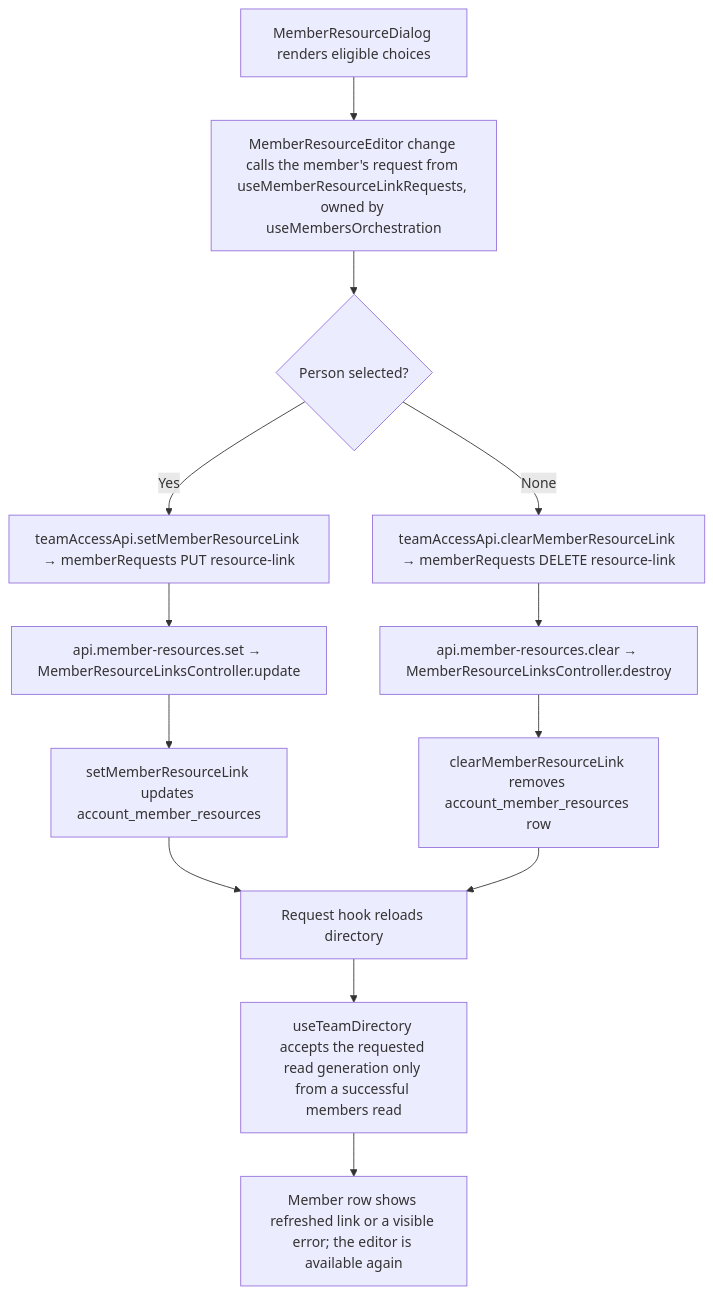
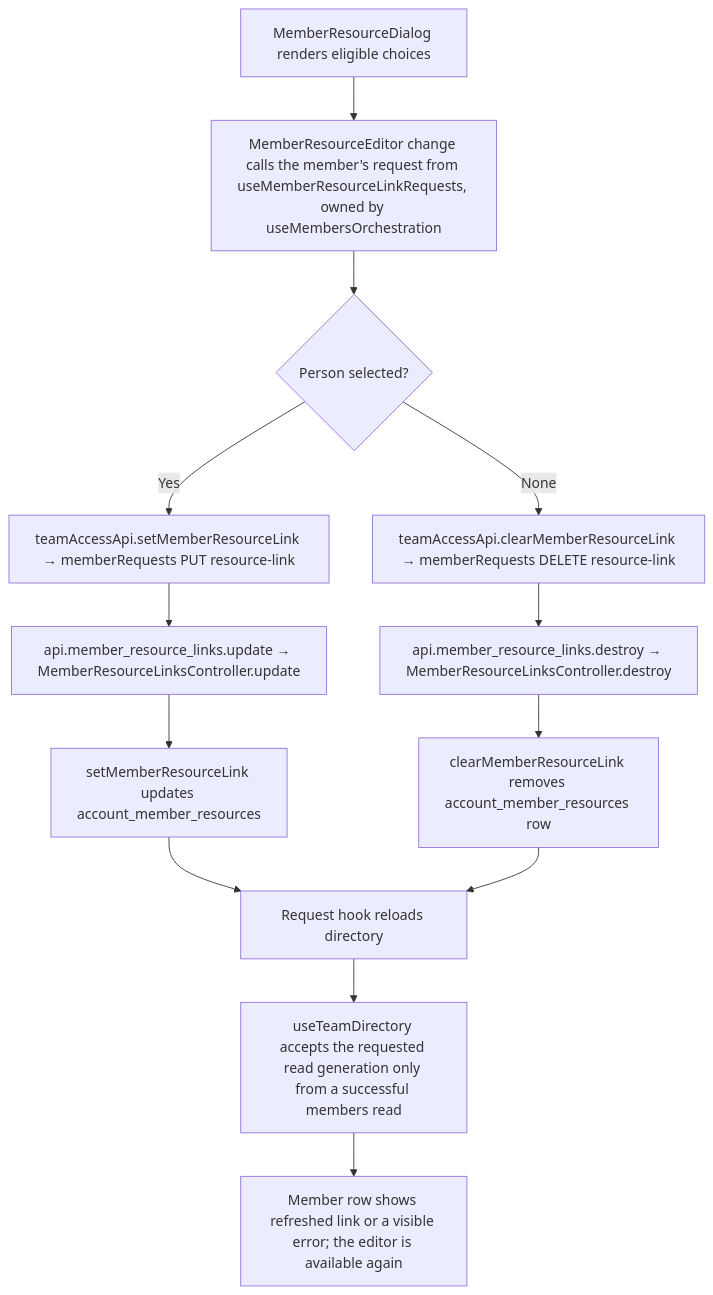
One commit to Kevinjohn/capacitylens changed the second of 2 diagrams in user-stories/team/US-TEAM-07-link-resource.md. Above: the diagram before and after it, drawn with Mermaid. The commit also changed 153 other files, not shown here.

First line of the commit message:
Routes: one /api group with generated route names

````diff
--- a/user-stories/team/US-TEAM-07-link-resource.md
+++ b/user-stories/team/US-TEAM-07-link-resource.md
@@ -35,15 +35,15 @@
 ```mermaid
 flowchart TD
     Dialog["MemberResourceDialog renders eligible choices"] --> Select["MemberResourceEditor change calls the member's request from useMemberResourceLinkRequests, owned by useMembersOrchestration"]
     Select --> Choose{"Person selected?"}
     Choose -->|"Yes"| SetClient["teamAccessApi.setMemberResourceLink → memberRequests PUT resource-link"]
-    SetClient --> SetRoute["api.member-resources.set → MemberResourceLinksController.update"]
+    SetClient --> SetRoute["api.member_resource_links.update → MemberResourceLinksController.update"]
     SetRoute --> SetLink["setMemberResourceLink updates account_member_resources"]
     Choose -->|"None"| ClearClient["teamAccessApi.clearMemberResourceLink → memberRequests DELETE resource-link"]
-    ClearClient --> ClearRoute["api.member-resources.clear → MemberResourceLinksController.destroy"]
+    ClearClient --> ClearRoute["api.member_resource_links.destroy → MemberResourceLinksController.destroy"]
     ClearRoute --> ClearLink["clearMemberResourceLink removes account_member_resources row"]
     SetLink --> Reload["Request hook reloads directory"]
     ClearLink --> Reload
     Reload --> Fence["useTeamDirectory accepts the requested read generation only from a successful members read"]
     Fence --> Row["Member row shows refreshed link or a visible error; the editor is available again"]
 ```
````
